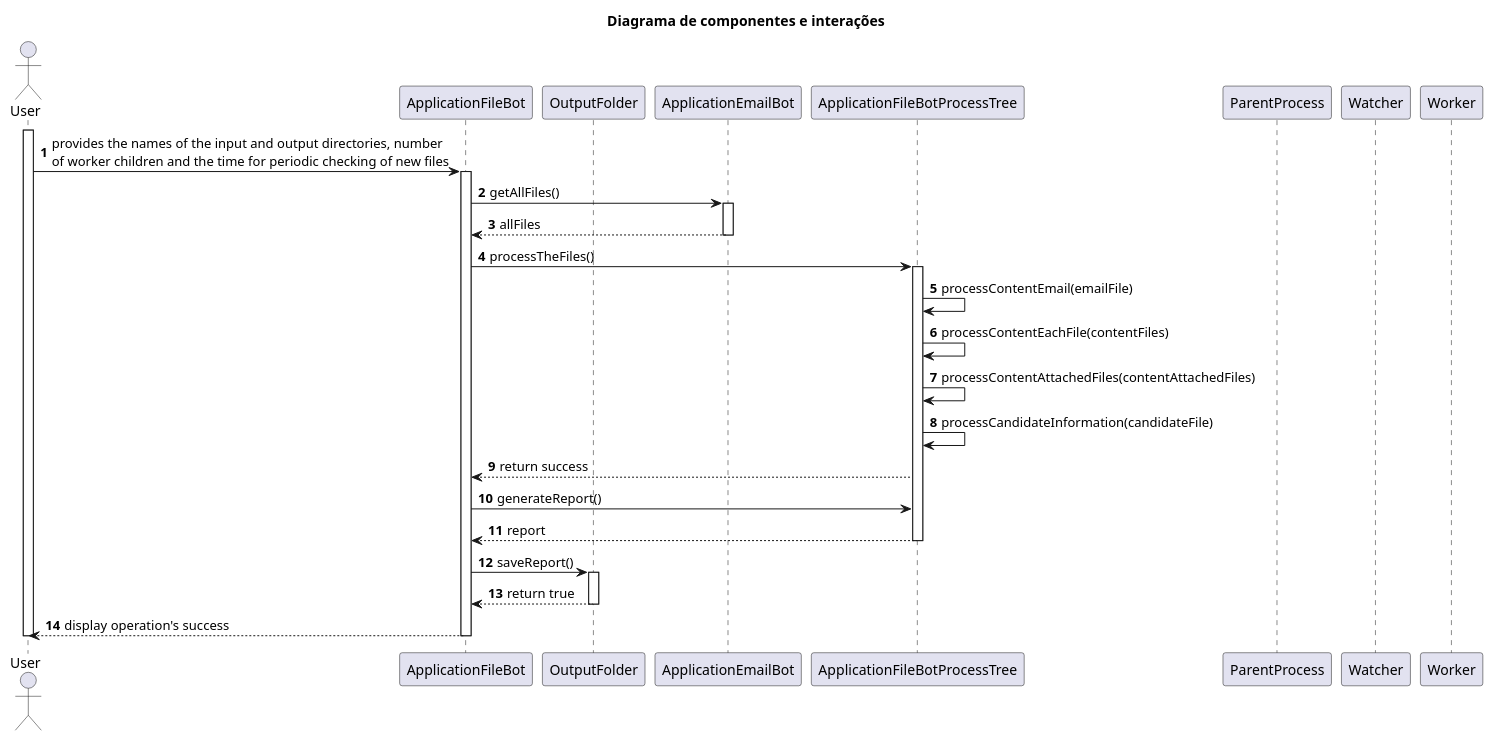
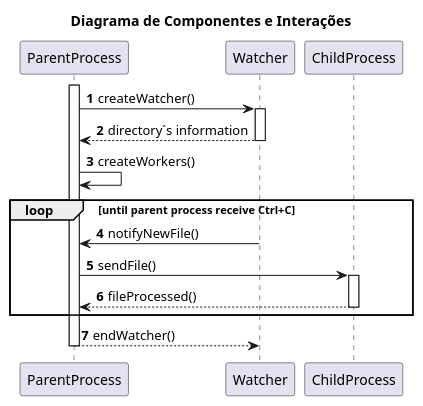
One commit to MiguelCardoso77/LAPR4 changed the diagram in SCOMP/2001/diagrama.puml. Above: the diagram before and after it, drawn with PlantUML. The commit also changed 2 other files, not shown here.

```diff
--- a/SCOMP/2001/diagrama.puml
+++ b/SCOMP/2001/diagrama.puml
@@ -1,66 +1,39 @@
 @startuml
-'https://plantuml.com/sequence-diagram
 
 autonumber
 
-Title "Diagrama de componentes e interações"
+Title "Diagrama de Componentes e Interações"
 
-actor User
-
-participant ApplicationFileBot
-participant OutputFolder
-participant ApplicationEmailBot
-participant ApplicationFileBotProcessTree
 participant ParentProcess
 participant Watcher
-participant Worker
+participant ChildProcess
 
-activate User
+activate ParentProcess
 
-User -> ApplicationFileBot : provides the names of the input and output directories, number \nof worker children and the time for periodic checking of new files
+ParentProcess -> Watcher : createWatcher()
 
-activate ApplicationFileBot
+activate Watcher
 
-ApplicationFileBot -> ApplicationEmailBot : getAllFiles()
+Watcher --> ParentProcess : directory´s information
 
-activate ApplicationEmailBot
+deactivate Watcher
 
-ApplicationEmailBot --> ApplicationFileBot : allFiles
+ParentProcess -> ParentProcess : createWorkers()
 
-deactivate ApplicationEmailBot
+loop until parent process receive Ctrl+C
+    Watcher -> ParentProcess : notifyNewFile()
 
-ApplicationFileBot -> ApplicationFileBotProcessTree : processTheFiles()
+    ParentProcess -> ChildProcess : sendFile()
+    activate ChildProcess
 
-activate ApplicationFileBotProcessTree
+    ChildProcess --> ParentProcess : fileProcessed()
 
-ApplicationFileBotProcessTree -> ApplicationFileBotProcessTree : processContentEmail(emailFile)
+    deactivate ChildProcess
 
-ApplicationFileBotProcessTree -> ApplicationFileBotProcessTree : processContentEachFile(contentFiles)
+end
 
-ApplicationFileBotProcessTree -> ApplicationFileBotProcessTree : processContentAttachedFiles(contentAttachedFiles)
+ParentProcess --> Watcher : endWatcher()
 
-ApplicationFileBotProcessTree -> ApplicationFileBotProcessTree : processCandidateInformation(candidateFile)
-
-ApplicationFileBotProcessTree --> ApplicationFileBot : return success
-
-ApplicationFileBot -> ApplicationFileBotProcessTree : generateReport()
-
-ApplicationFileBotProcessTree --> ApplicationFileBot : report
-
-deactivate ApplicationFileBotProcessTree
-
-ApplicationFileBot -> OutputFolder : saveReport()
-
-activate OutputFolder
-
-OutputFolder --> ApplicationFileBot : return true
-
-deactivate OutputFolder
-
-ApplicationFileBot --> User : display operation's success
-
-deactivate ApplicationFileBot
-
-deactivate User
+deactivate ParentProcess
 
 @enduml
```
